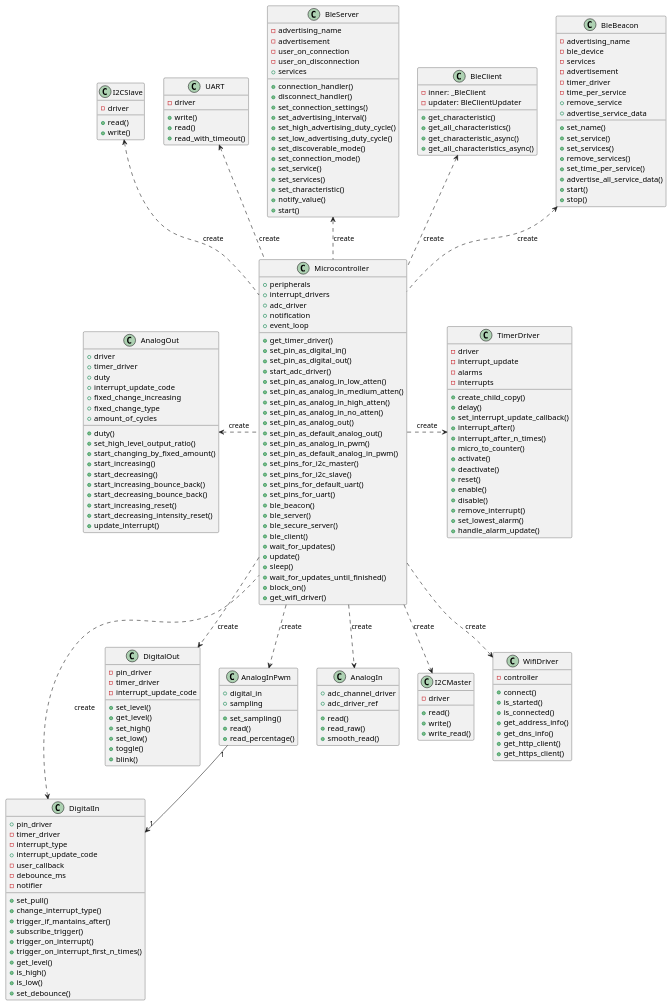
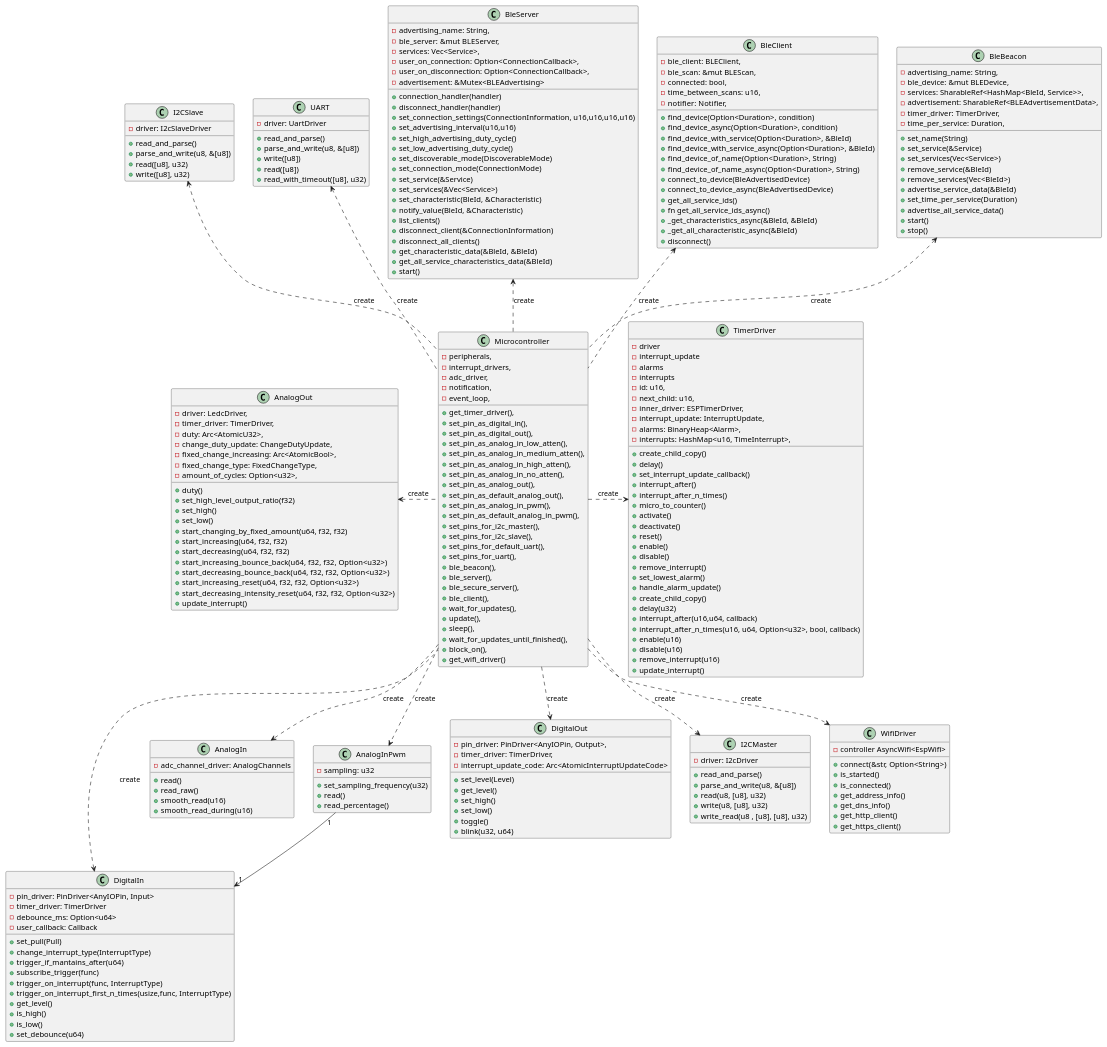
Before and after one commit to esp32framework/esp32framework: the diagram in diagrams/microcontroller-general.puml, drawn with PlantUML. The commit also changed 3 other files, not shown here.

Commit message:
Microcontroller diagram update

```diff
--- a/diagrams/microcontroller-general.puml
+++ b/diagrams/microcontroller-general.puml
@@ -1,37 +1,169 @@
 @startuml Microcontroller general
 
 class Microcontroller {
-    + peripherals 
-    + interrupt_drivers 
-    + adc_driver 
-    + notification 
-    + event_loop 
-    + get_timer_driver()  
-    + set_pin_as_digital_in()  
-    + set_pin_as_digital_out()  
-    + start_adc_driver()
-    + set_pin_as_analog_in_low_atten() 
-    + set_pin_as_analog_in_medium_atten() 
-    + set_pin_as_analog_in_high_atten() 
-    + set_pin_as_analog_in_no_atten() 
-    + set_pin_as_analog_out() 
-    + set_pin_as_default_analog_out() 
-    + set_pin_as_analog_in_pwm() 
-    + set_pin_as_default_analog_in_pwm() 
-    + set_pins_for_i2c_master() 
-    + set_pins_for_i2c_slave() 
-    + set_pins_for_default_uart() 
-    + set_pins_for_uart() 
-    + ble_beacon() 
-    + ble_server() 
-    + ble_secure_server() 
-    + ble_client() 
-    + wait_for_updates()
-    + update() 
-    + sleep() 
-    + wait_for_updates_until_finished()
-    + block_on()
+    - peripherals,
+    - interrupt_drivers,
+    - adc_driver,
+    - notification,
+    - event_loop,
+    + get_timer_driver(),
+    + set_pin_as_digital_in(),
+    + set_pin_as_digital_out(),
+    + set_pin_as_analog_in_low_atten(),
+    + set_pin_as_analog_in_medium_atten(),
+    + set_pin_as_analog_in_high_atten(),
+    + set_pin_as_analog_in_no_atten(),
+    + set_pin_as_analog_out(),
+    + set_pin_as_default_analog_out(),
+    + set_pin_as_analog_in_pwm(),
+    + set_pin_as_default_analog_in_pwm(),
+    + set_pins_for_i2c_master(),
+    + set_pins_for_i2c_slave(),
+    + set_pins_for_default_uart(),
+    + set_pins_for_uart(),
+    + ble_beacon(),
+    + ble_server(),
+    + ble_secure_server(),
+    + ble_client(),
+    + wait_for_updates(),
+    + update(),
+    + sleep(),
+    + wait_for_updates_until_finished(),
+    + block_on(),
     + get_wifi_driver()
+}
+
+class AnalogIn {
+    -adc_channel_driver: AnalogChannels
+    +read()
+    +read_raw()
+    +smooth_read(u16)
+    +smooth_read_during(u16)
+}
+
+class AnalogInPwm {
+    -sampling: u32
+    +set_sampling_frequency(u32)
+    +read()
+    +read_percentage()
+}
+
+class AnalogOut{
+    -driver: LedcDriver,
+    -timer_driver: TimerDriver,
+    -duty: Arc<AtomicU32>,
+    -change_duty_update: ChangeDutyUpdate,
+    -fixed_change_increasing: Arc<AtomicBool>,
+    -fixed_change_type: FixedChangeType,
+    -amount_of_cycles: Option<u32>,
+    + duty()
+    + set_high_level_output_ratio(f32)
+    + set_high()
+    + set_low()
+    + start_changing_by_fixed_amount(u64, f32, f32)
+    + start_increasing(u64, f32, f32)
+    + start_decreasing(u64, f32, f32)
+    + start_increasing_bounce_back(u64, f32, f32, Option<u32>)
+    + start_decreasing_bounce_back(u64, f32, f32, Option<u32>)
+    + start_increasing_reset(u64, f32, f32, Option<u32>)
+    + start_decreasing_intensity_reset(u64, f32, f32, Option<u32>)
+    + update_interrupt()
+}
+
+class BleBeacon{
+    - advertising_name: String,
+    - ble_device: &mut BLEDevice,
+    - services: SharableRef<HashMap<BleId, Service>>,
+    - advertisement: SharableRef<BLEAdvertisementData>,
+    - timer_driver: TimerDriver,
+    - time_per_service: Duration,
+    + set_name(String)
+    + set_service(&Service)
+    + set_services(Vec<Service>)
+    + remove_service(&BleId)
+    + remove_services(Vec<BleId>)
+    + advertise_service_data(&BleId)
+    + set_time_per_service(Duration)
+    + advertise_all_service_data()
+    + start()
+    + stop()
+}
+
+class BleClient{
+    - ble_client: BLEClient,
+    - ble_scan: &mut BLEScan,
+    - connected: bool,
+    - time_between_scans: u16,
+    - notifier: Notifier,
+    + find_device(Option<Duration>, condition)
+    + find_device_async(Option<Duration>, condition)
+    + find_device_with_service(Option<Duration>, &BleId)
+    + find_device_with_service_async(Option<Duration>, &BleId)
+    + find_device_of_name(Option<Duration>, String)
+    + find_device_of_name_async(Option<Duration>, String)
+    + connect_to_device(BleAdvertisedDevice)
+    + connect_to_device_async(BleAdvertisedDevice)
+    + get_all_service_ids()
+    + fn get_all_service_ids_async()
+    + _get_characteristics_async(&BleId, &BleId)
+    + _get_all_characteristic_async(&BleId)
+    + disconnect()
+}
+
+class BleServer{
+    - advertising_name: String,
+    - ble_server: &mut BLEServer,
+    - services: Vec<Service>,
+    - user_on_connection: Option<ConnectionCallback>,
+    - user_on_disconnection: Option<ConnectionCallback>,
+    - advertisement: &Mutex<BLEAdvertising>
+    + connection_handler(handler)
+    + disconnect_handler(handler)
+    + set_connection_settings(ConnectionInformation, u16,u16,u16,u16)
+    + set_advertising_interval(u16,u16)
+    + set_high_advertising_duty_cycle()
+    + set_low_advertising_duty_cycle()
+    + set_discoverable_mode(DiscoverableMode)
+    + set_connection_mode(ConnectionMode)
+    + set_service(&Service)
+    + set_services(&Vec<Service>)
+    + set_characteristic(BleId, &Characteristic)
+    + notify_value(BleId, &Characteristic)
+    + list_clients()
+    + disconnect_client(&ConnectionInformation)
+    + disconnect_all_clients()
+    + get_characteristic_data(&BleId, &BleId)
+    + get_all_service_characteristics_data(&BleId)
+    + start()
+}
+
+class DigitalIn {
+    - pin_driver: PinDriver<AnyIOPin, Input>
+    - timer_driver: TimerDriver
+    - debounce_ms: Option<u64>
+    - user_callback: Callback
+    + set_pull(Pull)
+    + change_interrupt_type(InterruptType)
+    + trigger_if_mantains_after(u64)
+    + subscribe_trigger(func)
+    + trigger_on_interrupt(func, InterruptType)
+    + trigger_on_interrupt_first_n_times(usize,func, InterruptType)
+    + get_level()
+    + is_high()
+    + is_low()
+    + set_debounce(u64)
+}
+
+class DigitalOut {
+    -pin_driver: PinDriver<AnyIOPin, Output>,
+    -timer_driver: TimerDriver,
+    -interrupt_update_code: Arc<AtomicInterruptUpdateCode>
+    +set_level(Level)
+    +get_level()
+    +set_high()
+    +set_low()
+    +toggle()
+    +blink(u32, u64)
 }
 
 class TimerDriver{
@@ -55,148 +187,52 @@
     +handle_alarm_update()
 }
 
-
-class DigitalIn{
-    + pin_driver 
-    - timer_driver 
-    - interrupt_type
-    + interrupt_update_code 
-    - user_callback
-    - debounce_ms 
-    - notifier
-    + set_pull() 
-    + change_interrupt_type() 
-    + trigger_if_mantains_after() 
-    + subscribe_trigger() 
-    + trigger_on_interrupt() 
-    + trigger_on_interrupt_first_n_times() 
-    + get_level() 
-    + is_high() 
-    + is_low() 
-    + set_debounce() 
-}
-
-class DigitalOut{
-    - pin_driver
-    - timer_driver
-    - interrupt_update_code
-    + set_level() 
-    + get_level() 
-    + set_high() 
-    + set_low() 
-    + toggle() 
-    + blink() 
-}
-
-class AnalogInPwm {
-    + digital_in 
-    + sampling 
-    + set_sampling() 
-    + read() 
-    + read_percentage() 
-}
-
-class AnalogIn {
-    + adc_channel_driver
-    + adc_driver_ref
-    + read() 
-    + read_raw() 
-    + smooth_read() 
-}
-
-class AnalogOut {
-    + driver
-    + timer_driver
-    + duty
-    + interrupt_update_code
-    + fixed_change_increasing
-    + fixed_change_type
-    + amount_of_cycles
-    + duty()
-    + set_high_level_output_ratio()
-    + start_changing_by_fixed_amount()
-    + start_increasing()
-    + start_decreasing()
-    + start_increasing_bounce_back()
-    + start_decreasing_bounce_back()
-    + start_increasing_reset()
-    + start_decreasing_intensity_reset()
+class TimerDriver{
+    - id: u16,
+    - next_child: u16,
+    - inner_driver: ESPTimerDriver,
+    - interrupt_update: InterruptUpdate,
+    - alarms: BinaryHeap<Alarm>,
+    - interrupts: HashMap<u16, TimeInterrupt>,
+    + create_child_copy()
+    + delay(u32)
+    + interrupt_after(u16,u64, callback)
+    + interrupt_after_n_times(u16, u64, Option<u32>, bool, callback)
+    + enable(u16)
+    + disable(u16)
+    + remove_interrupt(u16)
     + update_interrupt()
 }
 
 class I2CMaster{
-    - driver
-    + read() 
-    + write() 
-    + write_read() 
+    - driver: I2cDriver
+    + read_and_parse()
+    + parse_and_write(u8, &[u8])
+    + read(u8, [u8], u32) 
+    + write(u8, [u8], u32) 
+    + write_read(u8 , [u8], [u8], u32) 
 }
 
 class I2CSlave{
-    - driver
-    + read()
-    + write()
+    - driver: I2cSlaveDriver
+    + read_and_parse()
+    + parse_and_write(u8, &[u8])
+    + read([u8], u32)
+    + write([u8], u32)
 }
 
 class UART{
-    - driver
-    + write()
-    + read()
-    +read_with_timeout()
-}
-
-class BleBeacon{
-    - advertising_name
-    - ble_device
-    - services
-    - advertisement
-    - timer_driver
-    - time_per_service
-    + set_name()
-    + set_service()
-    + set_services()
-    + remove_service
-    + remove_services()
-    + advertise_service_data
-    + set_time_per_service()
-    + advertise_all_service_data()
-    + start()
-    + stop()
-}
-
-class BleClient {
-    -inner: _BleClient
-    -updater: BleClientUpdater
-    + get_characteristic()
-    + get_all_characteristics()
-    + get_characteristic_async()
-    + get_all_characteristics_async()
-}
-
-
-class BleServer{
-    -advertising_name
-    -advertisement   
-    -user_on_connection
-    -user_on_disconnection
-    +services          
-    +connection_handler()
-    +disconnect_handler()
-    +set_connection_settings()
-    +set_advertising_interval()
-    +set_high_advertising_duty_cycle()
-    +set_low_advertising_duty_cycle()
-    +set_discoverable_mode()
-    +set_connection_mode()
-    +set_service()
-    +set_services()
-    +set_characteristic()
-    +notify_value()
-    +start()
+    - driver: UartDriver
+    + read_and_parse()
+    + parse_and_write(u8, &[u8])
+    + write([u8])
+    + read([u8])
+    + read_with_timeout([u8], u32)
 }
 
 class WifiDriver{
-    -controller
-    +connect()
+    -controller AsyncWifi<EspWifi>
+    +connect(&str, Option<String>)
     +is_started()
     +is_connected()
     +get_address_info()
```
